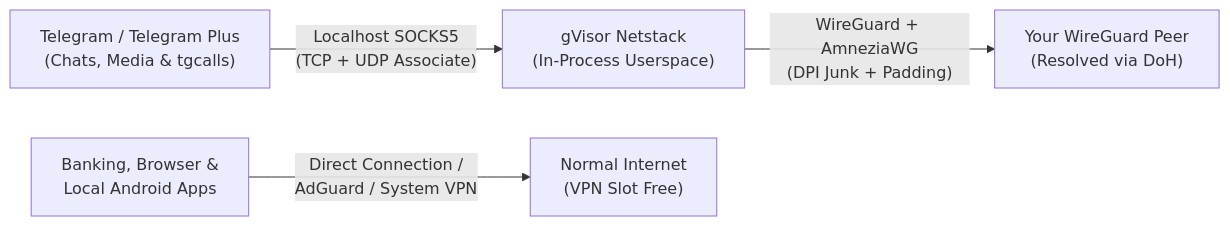
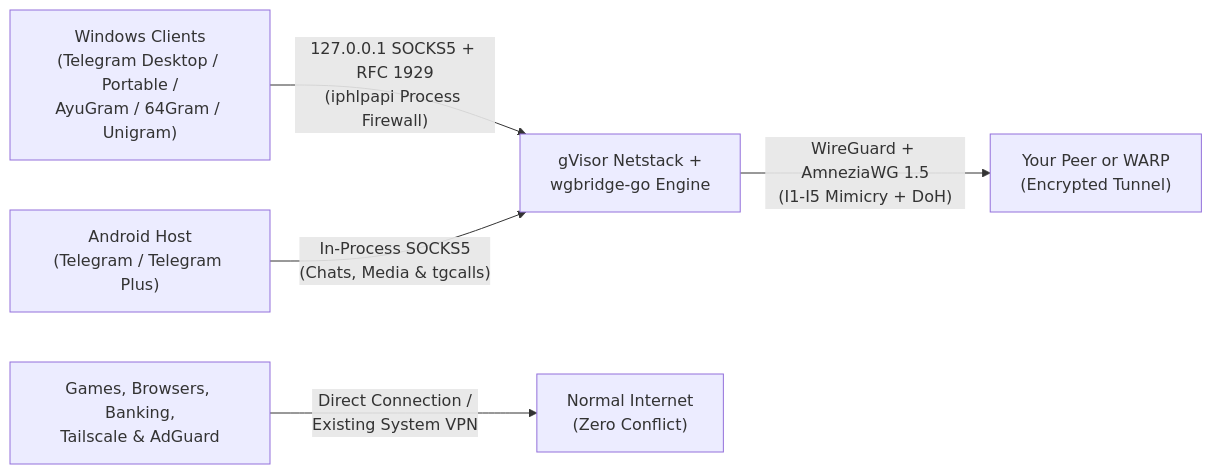
The diagram in README.md (AliHaider704/wgplus), drawn with Mermaid before and after one commit. The commit also changed other lines of this file and 64 other files, not shown here.

Commit message:
feat(windows): add WireGuard Plus for Windows desktop, AWG 1.5 engine, docs and v1.6.0 assets

````diff
--- a/README.md
+++ b/README.md
@@ -69,6 +102,7 @@
 ```mermaid
 flowchart LR
-    TG["Telegram / Telegram Plus<br/>(Chats, Media & tgcalls)"] -->|"Localhost SOCKS5<br/>(TCP + UDP Associate)"| GS["gVisor Netstack<br/>(In-Process Userspace)"]
-    GS -->|"WireGuard + AmneziaWG<br/>(DPI Junk + Padding)"| EP["Your WireGuard Peer<br/>(Resolved via DoH)"]
-    OTHER["Banking, Browser &<br/>Local Android Apps"] -->|"Direct Connection /<br/>AdGuard / System VPN"| NET["Normal Internet<br/>(VPN Slot Free)"]
+    WIN["Windows Clients<br/>(Telegram Desktop / Portable /<br/>AyuGram / 64Gram / Unigram)"] -->|"127.0.0.1 SOCKS5 + RFC 1929<br/>(iphlpapi Process Firewall)"| GS["gVisor Netstack +<br/>wgbridge-go Engine"]
+    AND["Android Host<br/>(Telegram / Telegram Plus)"] -->|"In-Process SOCKS5<br/>(Chats, Media & tgcalls)"| GS
+    GS -->|"WireGuard + AmneziaWG 1.5<br/>(I1-I5 Mimicry + DoH)"| EP["Your Peer or WARP<br/>(Encrypted Tunnel)"]
+    OTHER["Games, Browsers, Banking,<br/>Tailscale & AdGuard"] -->|"Direct Connection /<br/>Existing System VPN"| NET["Normal Internet<br/>(Zero Conflict)"]
 ```
````
